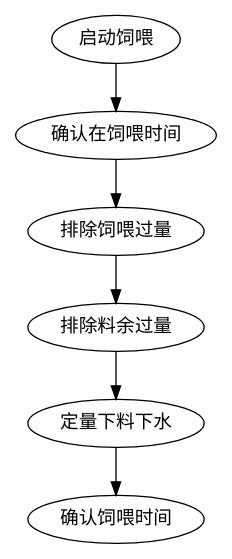
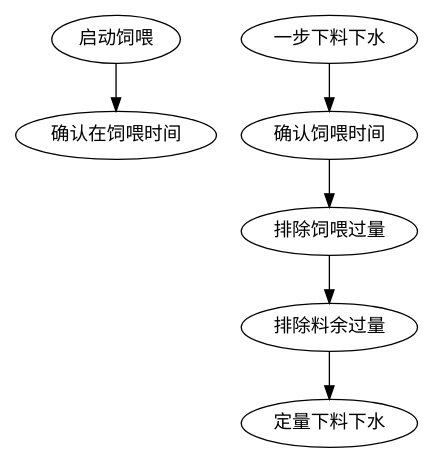
The third of 3 diagrams in source/work/sj/topic/饲喂器业务流程.rst (cruiurc/cruiurc.github.io), drawn with Graphviz before and after one commit. The commit also changed other lines of this file, not shown here.

Commit message:
20221120 work

```diff
--- a/source/work/sj/topic/饲喂器业务流程.rst
+++ b/source/work/sj/topic/饲喂器业务流程.rst
@@ -36,15 +36,15 @@
 .. graphviz::
 
     digraph Use{
        启动饲喂;
        确认在饲喂时间;
        排除饲喂过量;
        排除料余过量
        定量下料下水;
 
        启动饲喂 -> 确认在饲喂时间;
-       确认在饲喂时间 -> 排除饲喂过量;
+       确认饲喂时间 -> 排除饲喂过量;
        排除饲喂过量 -> 排除料余过量;
        排除料余过量 -> 定量下料下水;
-       定量下料下水 -> 确认饲喂时间;
+       一步下料下水 -> 确认饲喂时间;
     }
```
